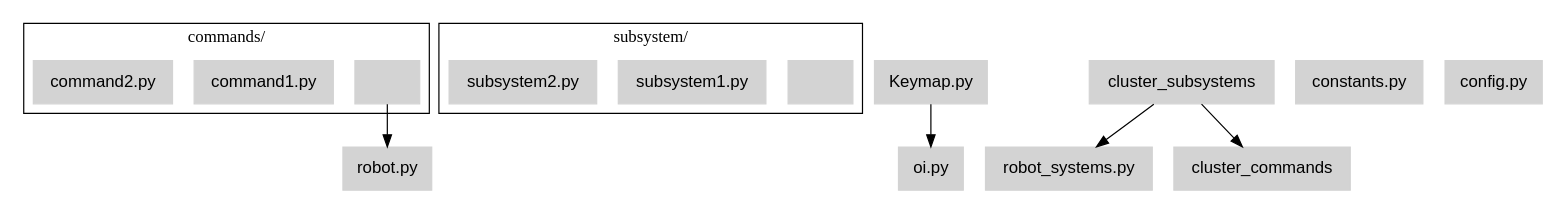
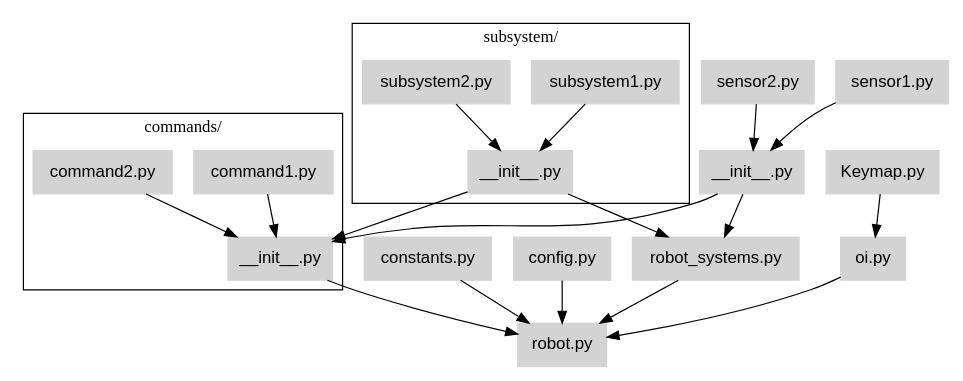
Before and after one commit to Choate-Robotics/Programming-SOPs: the diagram in docs/code/file_structure.rst, drawn with Graphviz.

```diff
--- a/docs/code/file_structure.rst
+++ b/docs/code/file_structure.rst
@@ -9,44 +9,70 @@
 .. graphviz::
 
 
     digraph file_structure {
 
         node [shape=box, style=filled, color=lightgrey, fontname=helvetica]
 
 
             // Clusters for folders
         subgraph cluster_commands {
             label="commands/"
-            commands [label=""]
+            commands [label="__init__.py"]
             command1_py [label="command1.py"]
             command2_py [label="command2.py"]
+            command1_py -> commands
+            command2_py -> commands
             // Add more example files in the commands folder, if needed
         }
 
         subgraph cluster_subsystems {
             label="subsystem/"
-            subsystems [label=""]
+            subsystems [label="__init__.py"]
             subsystem1_py [label="subsystem1.py"]
             subsystem2_py [label="subsystem2.py"]
+            subsystem1_py -> subsystems
+            subsystem2_py -> subsystems
             // Add more example files in the subsystem folder, if needed
         }
 
         subgraph oi {
+            label="oi/"
             oi_py [label="oi.py"]
             Keymap_py [label="Keymap.py"]
             Keymap_py -> oi_py
+        }
+
+        subgraph sensors {
+            label="sensors/"
+            sensors [label="__init__.py"]
+            sensor1_py [label="sensor1.py"]
+            sensor2_py [label="sensor2.py"]
+            sensor1_py -> sensors
+            sensor2_py -> sensors
+            // Add more example files in the sensors folder, if needed
         }
 
 
 
         robot_py [label="robot.py"]
         robot_systems_py [label="robot_systems.py"]
         constants_py [label="constants.py"]
         config_py [label="config.py"]
 
-        cluster_subsystems -> robot_systems_py
-        cluster_subsystems -> cluster_commands
+        subsystems -> robot_systems_py
+        sensors -> robot_systems_py
+
+
+        subsystems -> commands
+        sensors -> commands
+
+        
+
+        constants_py -> robot_py
+        config_py -> robot_py
+        oi_py -> robot_py
+        robot_systems_py -> robot_py
         commands -> robot_py
 
         
     }
```
